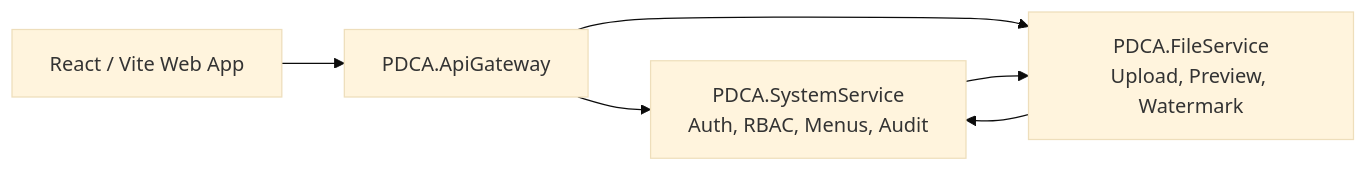
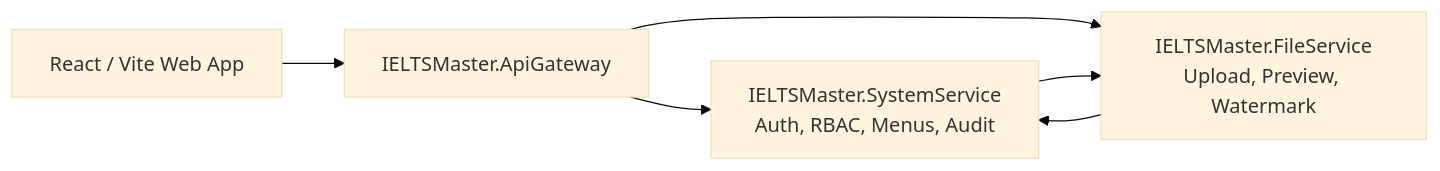
One commit to leviethang2509/BASEIELTSMASTER changed the diagram in README.md. Above: the diagram before and after it, drawn with Mermaid (base theme). The commit also changed other lines of this file and 1170 other files, not shown here.

Commit message:
feat: initialize BASEIELTSMASTER with AuthService and ELearning authorization integration

````diff
--- a/README.md
+++ b/README.md
@@ -35,13 +34,13 @@
 ```mermaid
 flowchart LR
     Web["React / Vite Web App"]
-    Gateway["PDCA.ApiGateway"]
-    System["PDCA.SystemService<br/>Auth, RBAC, Menus, Audit"]
-    File["PDCA.FileService<br/>Upload, Preview, Watermark"]
+    Gateway["IELTSMaster.ApiGateway"]
+    System["IELTSMaster.SystemService<br/>Auth, RBAC, Menus, Audit"]
+    File["IELTSMaster.FileService<br/>Upload, Preview, Watermark"]
 
     Web --> Gateway
     Gateway --> System
     Gateway --> File
     System --> File
     File --> System
 ```
````
